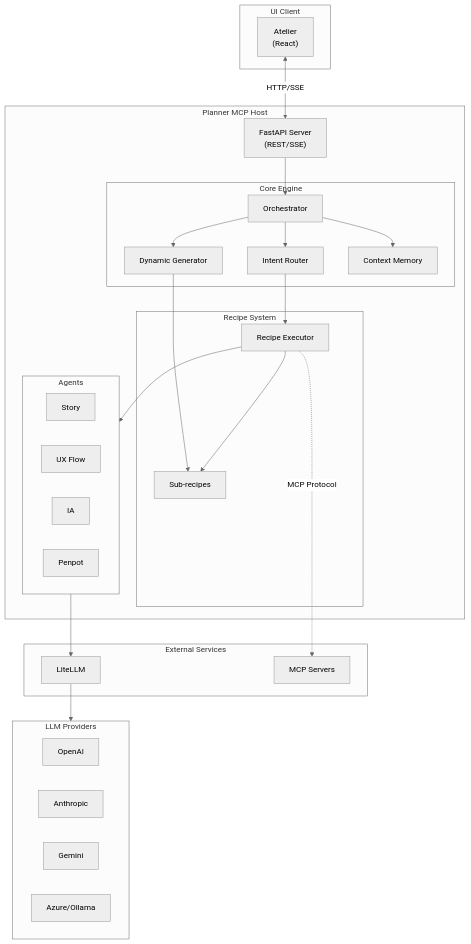
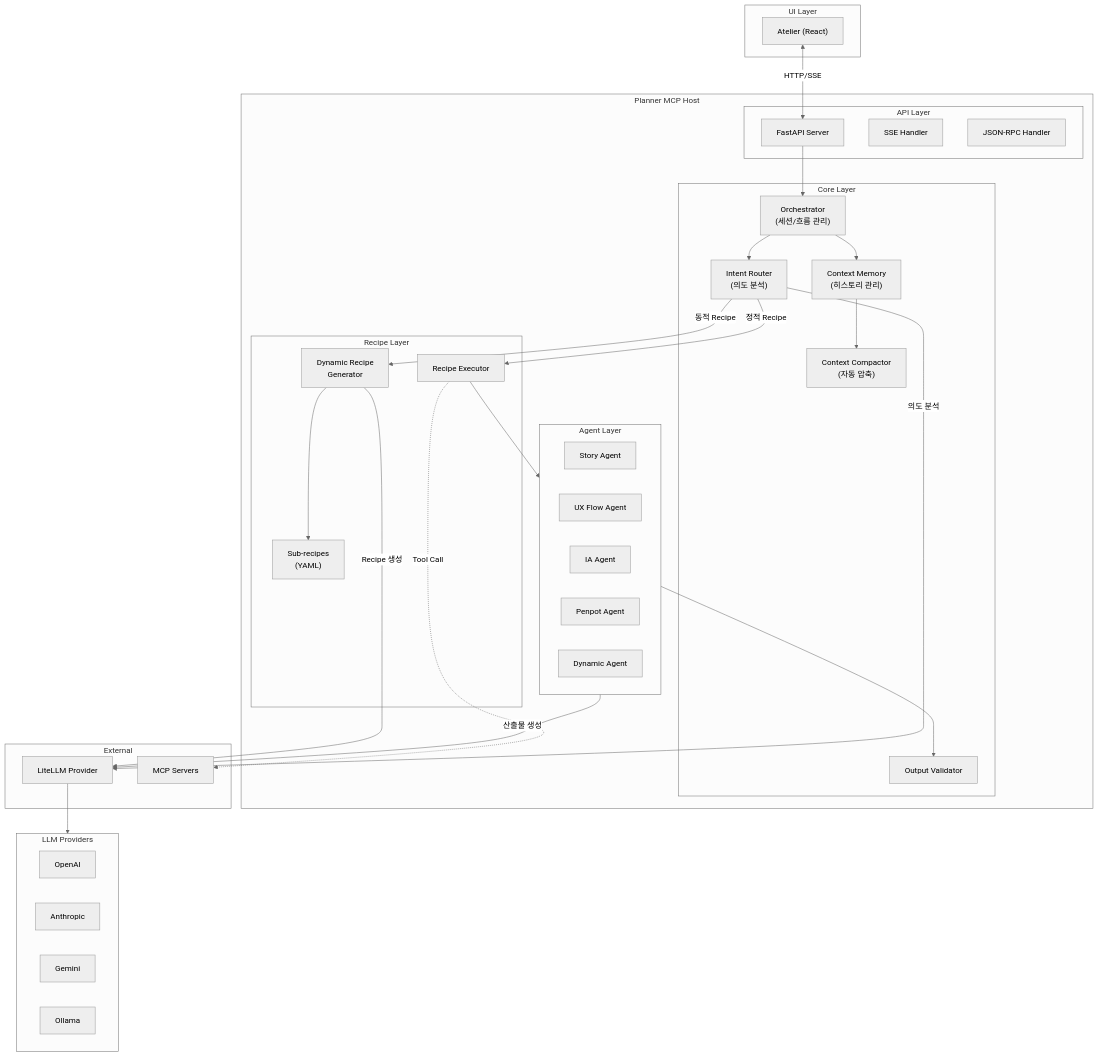
One commit to SJayKim/SJayKim changed the third of 5 diagrams in README.md. Above: the diagram before and after it, drawn with Mermaid (neutral theme). The commit also changed other lines of this file, not shown here.

Commit message:
Rewrite MCP Host architecture and data flow diagrams with accurate code-based analysis

````diff
--- a/README.md
+++ b/README.md
@@ -338,54 +338,64 @@
 ```mermaid
 flowchart TB
-    subgraph Client["UI Client"]
-        Atelier["Atelier<br/>(React)"]
+    subgraph Client["UI Layer"]
+        Atelier["Atelier (React)"]
     end
 
-    subgraph Host["Planner MCP Host"]
-        API["FastAPI Server<br/>(REST/SSE)"]
-        
-        subgraph Core["Core Engine"]
-            Orch["Orchestrator"]
-            Router["Intent Router"]
-            DynGen["Dynamic Generator"]
-            CtxMem["Context Memory"]
+    subgraph Server["Planner MCP Host"]
+        subgraph API["API Layer"]
+            FastAPI["FastAPI Server"]
+            SSE["SSE Handler"]
+            JSONRPC["JSON-RPC Handler"]
         end
 
-        subgraph RecipeSys["Recipe System"]
-            Exec["Recipe Executor"]
-            Sub["Sub-recipes"]
+        subgraph Core["Core Layer"]
+            Orch["Orchestrator<br/>(세션/흐름 관리)"]
+            Router["Intent Router<br/>(의도 분석)"]
+            CtxMem["Context Memory<br/>(히스토리 관리)"]
+            Compact["Context Compactor<br/>(자동 압축)"]
+            Validator["Output Validator"]
         end
 
-        subgraph AgentPool["Agents"]
-            Story["Story"]
-            UX["UX Flow"]
-            IA["IA"]
-            Penpot["Penpot"]
+        subgraph Recipe["Recipe Layer"]
+            DynGen["Dynamic Recipe<br/>Generator"]
+            Executor["Recipe Executor"]
+            SubRecipe["Sub-recipes<br/>(YAML)"]
+        end
+
+        subgraph Agent["Agent Layer"]
+            StoryAg["Story Agent"]
+            UXAg["UX Flow Agent"]
+            IAAg["IA Agent"]
+            PenpotAg["Penpot Agent"]
+            DynAg["Dynamic Agent"]
         end
     end
 
-    subgraph Ext["External Services"]
-        LiteLLM["LiteLLM"]
-        MCP["MCP Servers"]
+    subgraph External["External"]
+        LiteLLM["LiteLLM Provider"]
+        MCPServers["MCP Servers"]
     end
 
-    subgraph LLM["LLM Providers"]
-        OAI["OpenAI"]
-        Anth["Anthropic"]
-        Gem["Gemini"]
-        Other["Azure/Ollama"]
+    subgraph LLMProviders["LLM Providers"]
+        OpenAI & Anthropic & Gemini & Ollama
     end
 
-    Atelier <-->|HTTP/SSE| API
-    API --> Orch
+    Atelier <-->|HTTP/SSE| FastAPI
+    FastAPI --> Orch
     Orch --> Router
-    Orch --> DynGen
+    Router -->|의도 분석| LiteLLM
     Orch --> CtxMem
-    Router --> Exec
-    DynGen --> Sub
-    Exec --> Sub
-    Exec --> AgentPool
-    AgentPool --> LiteLLM
-    LiteLLM --> LLM
-    Exec -.->|MCP Protocol| MCP
+    CtxMem --> Compact
+    
+    Router -->|정적 Recipe| Executor
+    Router -->|동적 Recipe| DynGen
+    DynGen -->|Recipe 생성| LiteLLM
+    DynGen --> SubRecipe
+    
+    Executor --> Agent
+    Agent -->|산출물 생성| LiteLLM
+    Agent --> Validator
+    
+    LiteLLM --> LLMProviders
+    Executor -.->|Tool Call| MCPServers
 ```
````
